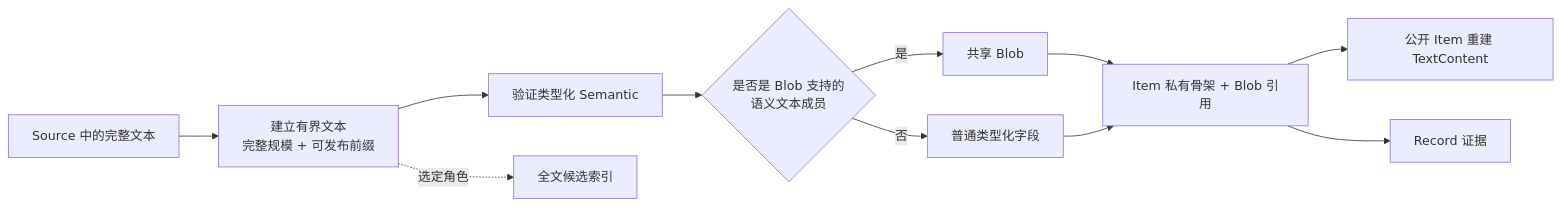
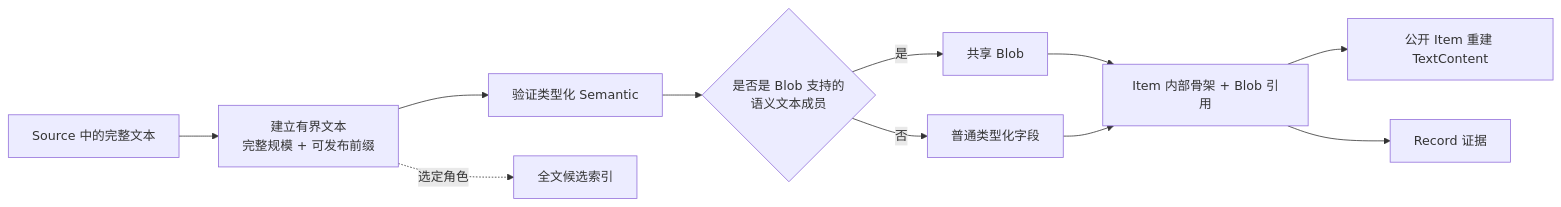
Before and after one commit to wangyuxinwhy/trace-index: the diagram in docs/design/semantic-text.md, drawn with Mermaid. The commit also changed other lines of this file, not shown here.

````diff
--- a/docs/design/semantic-text.md
+++ b/docs/design/semantic-text.md
@@ -26,13 +26,13 @@
 ```mermaid
 flowchart LR
     source[Source 中的完整文本] --> bounded[建立有界文本\n完整规模 + 可发布前缀]
     bounded --> semantic[验证类型化 Semantic]
     semantic --> split{是否是 Blob 支持的\n语义文本成员}
     split -->|是| blob[共享 Blob]
     split -->|否| inline[普通类型化字段]
-    blob --> item[Item 私有骨架 + Blob 引用]
+    blob --> item[Item 内部骨架 + Blob 引用]
     inline --> item
     item --> public[公开 Item 重建 TextContent]
     item --> evidence[Record 证据]
     bounded -.选定角色.-> search[全文候选索引]
 ```
````
